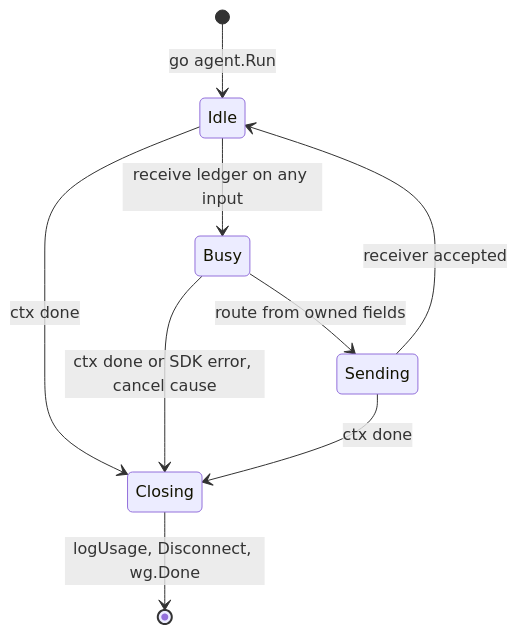
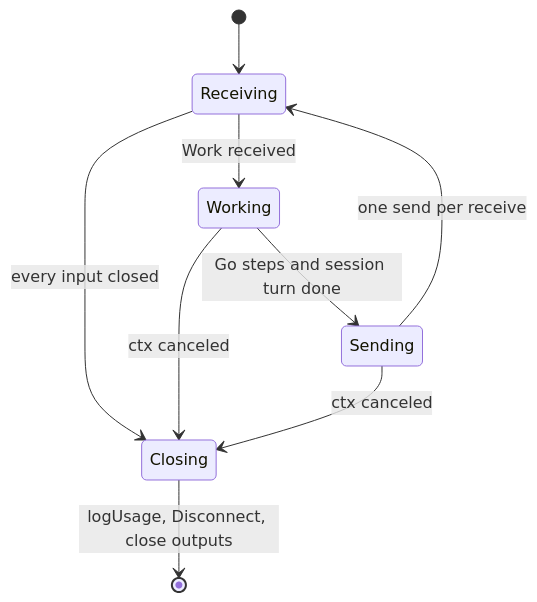
Before and after one commit to luncliff/vcpkg-registry: the third of 6 diagrams in vcpkg-agent-team-design.md, drawn with Mermaid. The commit also changed other lines of this file, not shown here.

````diff
--- a/vcpkg-agent-team-design.md
+++ b/vcpkg-agent-team-design.md
@@ -310,11 +286,11 @@
 ```mermaid
 stateDiagram-v2
-  [*] --> Idle: go agent.Run
-  Idle --> Busy: receive ledger on any input
-  Busy --> Sending: route from owned fields
-  Sending --> Idle: receiver accepted
-  Idle --> Closing: ctx done
-  Busy --> Closing: ctx done or SDK error, cancel cause
-  Sending --> Closing: ctx done
-  Closing --> [*]: logUsage, Disconnect, wg.Done
+    [*] --> Receiving
+    Receiving --> Working: Work received
+    Working --> Sending: Go steps and session turn done
+    Sending --> Receiving: one send per receive
+    Receiving --> Closing: every input closed
+    Working --> Closing: ctx canceled
+    Sending --> Closing: ctx canceled
+    Closing --> [*]: logUsage, Disconnect, close outputs
 ```
````
